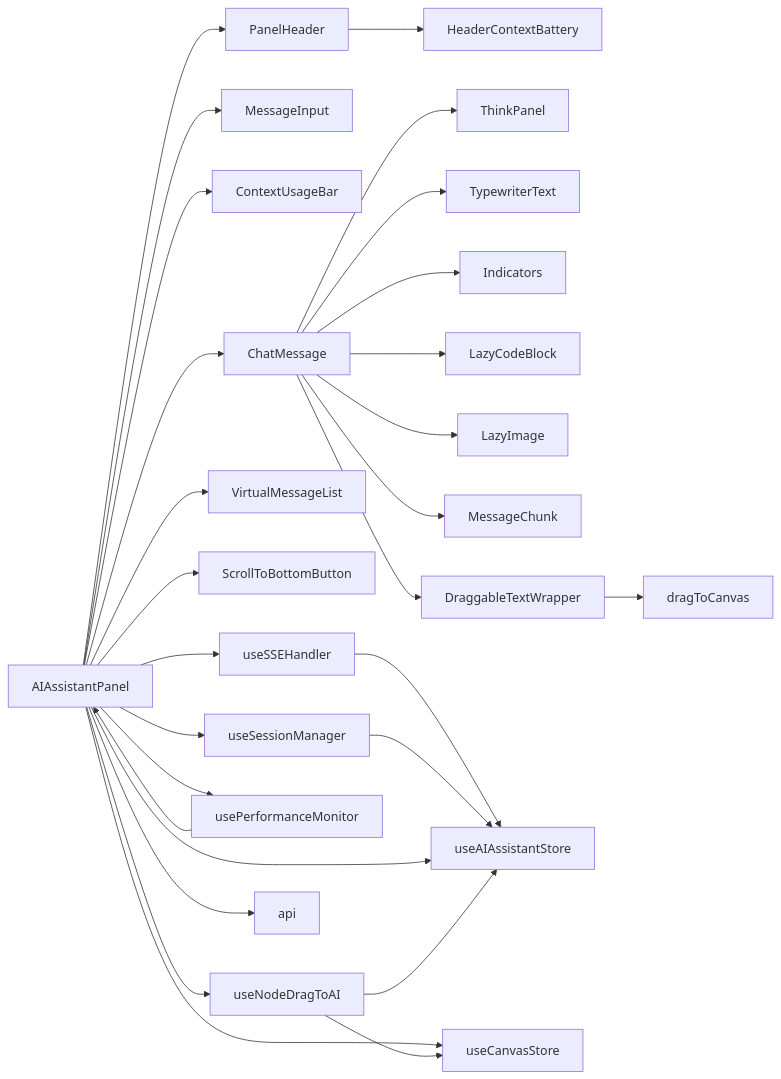
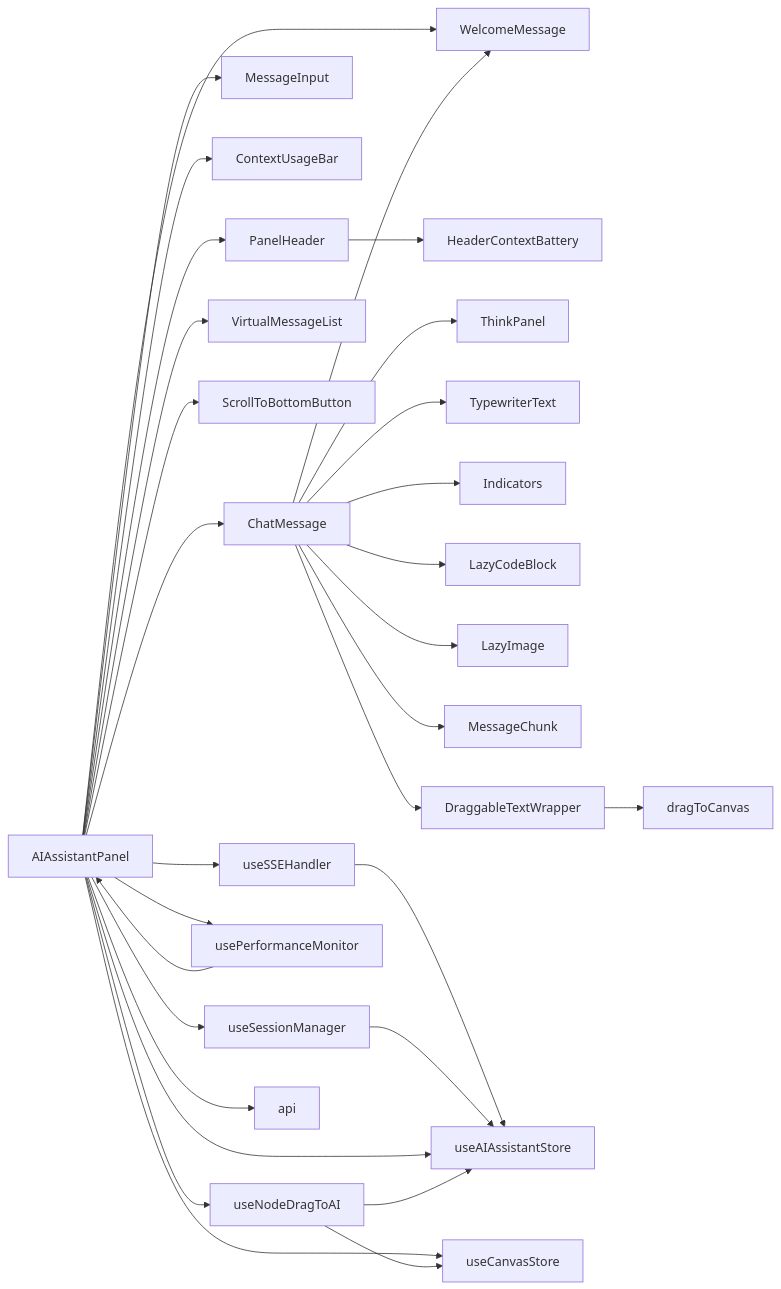
Before and after one commit to KunLabAI/KunFlix: the fifth of 5 diagrams in .qoder/repowiki/zh/content/前端应用架构/UI组件库/AI助手组件/AI助手组件.md, drawn with Mermaid. The commit also changed other lines of this file and 20 other files, not shown here.

````diff
--- a/.qoder/repowiki/zh/content/前端应用架构/UI组件库/AI助手组件/AI助手组件.md
+++ b/.qoder/repowiki/zh/content/前端应用架构/UI组件库/AI助手组件/AI助手组件.md
@@ -709,30 +836,32 @@
 ```mermaid
 graph LR
 Panel["AIAssistantPanel"] --> Msg["ChatMessage"]
+Panel --> Welcome["WelcomeMessage"]
 Panel --> Input["MessageInput"]
 Panel --> ContextBar["ContextUsageBar"]
 Panel --> Header["PanelHeader"]
 Panel --> VirtualList["VirtualMessageList"]
 Panel --> ScrollButton["ScrollToBottomButton"]
 Header --> HeaderContextBattery["HeaderContextBattery"]
 Panel --> SSE["useSSEHandler"]
 Panel --> Session["useSessionManager"]
 Panel --> PerfMonitor["usePerformanceMonitor"]
 Panel --> NodeDragHook["useNodeDragToAI"]
 Msg --> ThinkPanel["ThinkPanel"]
+Msg --> Welcome
 Msg --> Typewriter["TypewriterText"]
 Msg --> Indicators["Indicators"]
 Msg --> LazyCode["LazyCodeBlock"]
 Msg --> LazyImage["LazyImage"]
 Msg --> MessageChunk["MessageChunk"]
 Msg --> DragWrapper["DraggableTextWrapper"]
 DragWrapper --> DragToCanvas["dragToCanvas"]
 SSE --> Store["useAIAssistantStore"]
 Session --> Store
 Panel --> Store
 Panel --> CanvasStore["useCanvasStore"]
 Panel --> API["api"]
 PerfMonitor --> Panel
 NodeDragHook --> Store
 NodeDragHook --> CanvasStore
 ```
````
